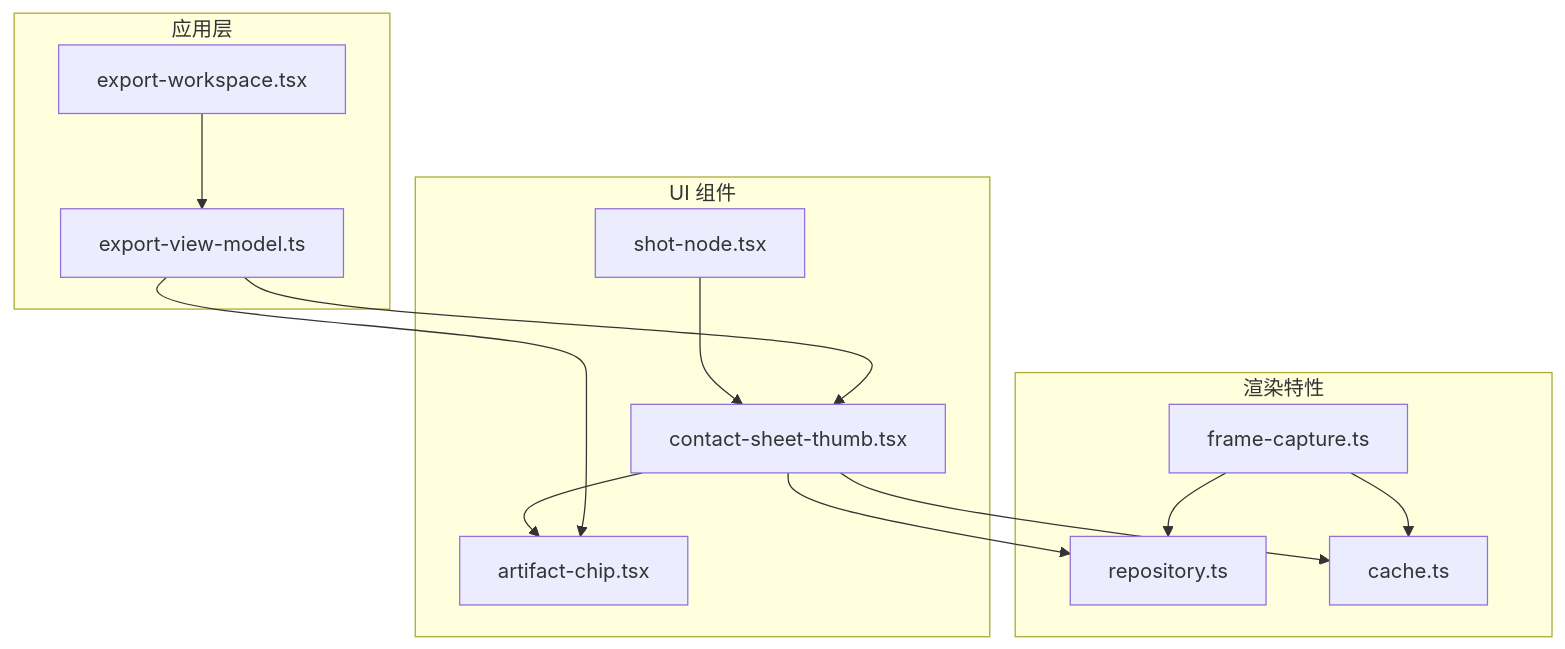
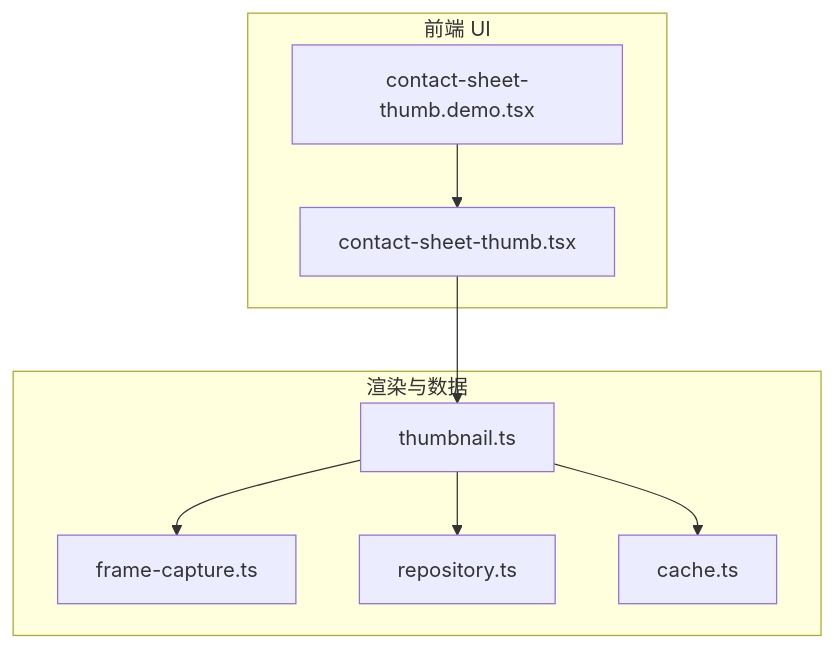
The first of 3 diagrams in .qoder/repowiki/zh/content/UI 组件库/业务组件/缩略图组件.md (AIMFllyYS/code-video-canvas), drawn with Mermaid before and after one commit. The commit also changed other lines of this file and 20 other files, not shown here.

````diff
--- a/.qoder/repowiki/zh/content/UI 组件库/业务组件/缩略图组件.md
+++ b/.qoder/repowiki/zh/content/UI 组件库/业务组件/缩略图组件.md
@@ -53,26 +39,18 @@
 ```mermaid
 graph TB
-subgraph "UI 组件"
-T["contact-sheet-thumb.tsx"]
-C["artifact-chip.tsx"]
-S["shot-node.tsx"]
+subgraph "前端 UI"
+A["contact-sheet-thumb.tsx"]
+B["contact-sheet-thumb.demo.tsx"]
 end
-subgraph "渲染特性"
-F["frame-capture.ts"]
-R["repository.ts"]
-K["cache.ts"]
+subgraph "渲染与数据"
+C["thumbnail.ts"]
+D["frame-capture.ts"]
+E["repository.ts"]
+F["cache.ts"]
 end
-subgraph "应用层"
-VM["export-view-model.ts"]
-W["export-workspace.tsx"]
-end
-T --> C
-S --> T
-VM --> T
-VM --> C
-W --> VM
-T --> R
-T --> K
-F --> R
-F --> K
+A --> C
+B --> A
+C --> D
+C --> E
+C --> F
 ```
````
